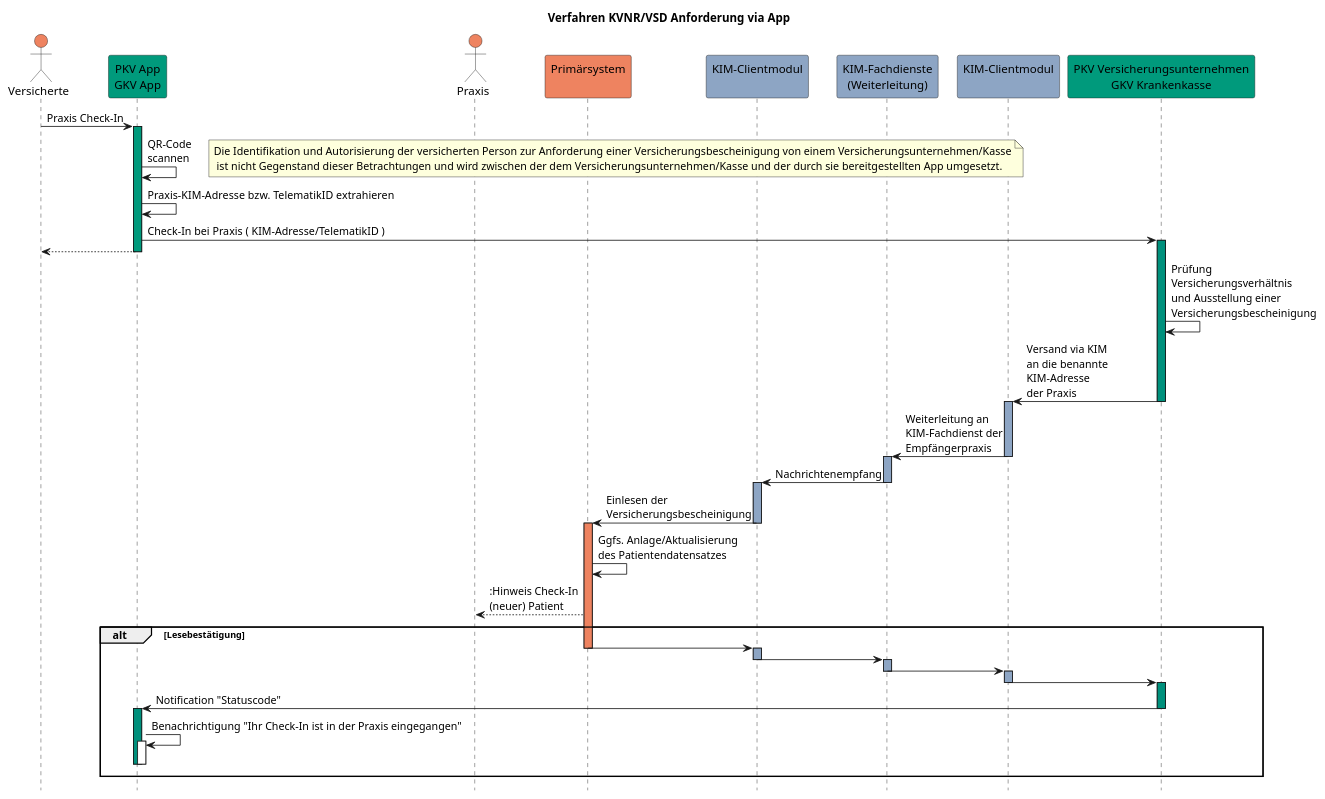
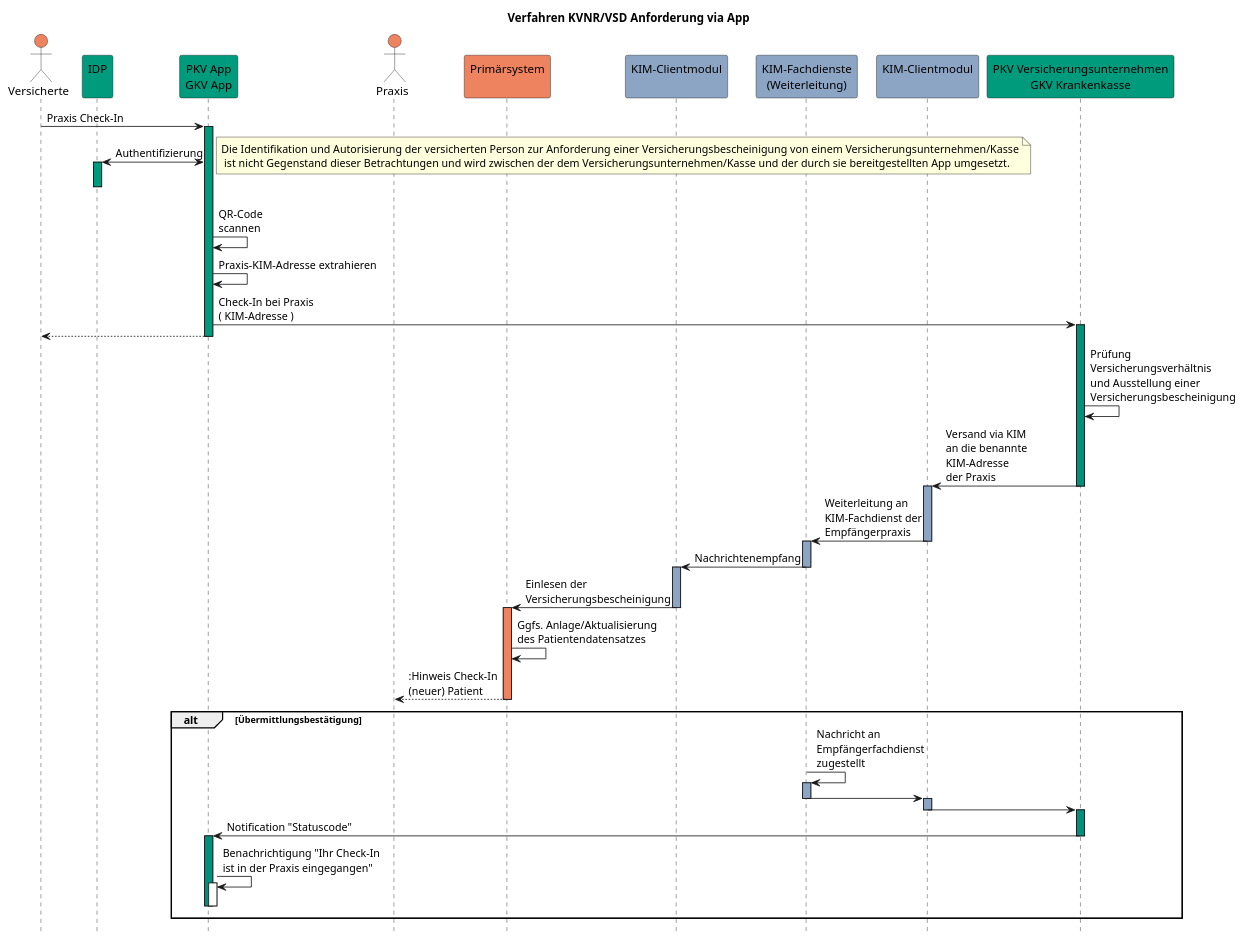
The diagram in ImplementationGuide/images/pkv_ersatzverfahren.puml (gematik/spec-VSDM-Ersatzbescheinigung), drawn with PlantUML before and after one commit. The commit also changed 1 other file, not shown here.

Commit message:
IDP und Ü-Bestätigung

```diff
--- a/ImplementationGuide/images/pkv_ersatzverfahren.puml
+++ b/ImplementationGuide/images/pkv_ersatzverfahren.puml
@@ -1,61 +1,62 @@
 @startuml pkv_ersatzverfahren
 
 hide footbox
 title Verfahren KVNR/VSD Anforderung via App
 actor Vers as "Versicherte" #ee8360
+participant IDP as "IDP\n" #009a7c
 participant App as "PKV App\nGKV App" #009a7c
 actor LE as "Praxis" #ee8360
 participant PVS as "Primärsystem\n" #ee8360
 participant KIMCM1 as "KIM-Clientmodul\n" #8da5c4
 participant KIMFD as "KIM-Fachdienste\n(Weiterleitung)" #8da5c4
 participant KIMCM2 as "KIM-Clientmodul\n" #8da5c4
 participant Kasse as "PKV Versicherungsunternehmen\nGKV Krankenkasse" #009a7c
 
 Vers -> App: Praxis Check-In
 activate App #009a7c
+App <-> IDP: Authentifizierung
+activate IDP #009a7c
+note right: Die Identifikation und Autorisierung der versicherten Person zur Anforderung einer Versicherungsbescheinigung von einem Versicherungsunternehmen/Kasse\n ist nicht Gegenstand dieser Betrachtungen und wird zwischen der dem Versicherungsunternehmen/Kasse und der durch sie bereitgestellten App umgesetzt.
+deactivate IDP
 App -> App: QR-Code\nscannen
-note right: Die Identifikation und Autorisierung der versicherten Person zur Anforderung einer Versicherungsbescheinigung von einem Versicherungsunternehmen/Kasse\n ist nicht Gegenstand dieser Betrachtungen und wird zwischen der dem Versicherungsunternehmen/Kasse und der durch sie bereitgestellten App umgesetzt.
-App -> App: Praxis-KIM-Adresse bzw. TelematikID extrahieren
-App -> Kasse: Check-In bei Praxis ( KIM-Adresse/TelematikID )
+App -> App: Praxis-KIM-Adresse extrahieren
+App -> Kasse: Check-In bei Praxis\n( KIM-Adresse )
 activate Kasse #00907c
 App --> Vers:
 deactivate App
 Kasse -> Kasse: Prüfung\nVersicherungsverhältnis\nund Ausstellung einer\nVersicherungsbescheinigung
 Kasse -> KIMCM2: Versand via KIM\nan die benannte\nKIM-Adresse\nder Praxis
 deactivate Kasse
 activate KIMCM2 #8da5c4
 KIMCM2 -> KIMFD: Weiterleitung an\nKIM-Fachdienst der\nEmpfängerpraxis
 deactivate KIMCM2
 activate KIMFD #8da5c4
 KIMFD -> KIMCM1: Nachrichtenempfang
 deactivate KIMFD
 activate KIMCM1 #8da5c4
 KIMCM1 -> PVS: Einlesen der\nVersicherungsbescheinigung
 deactivate KIMCM1
 activate PVS #ee8360
 PVS -> PVS: Ggfs. Anlage/Aktualisierung\ndes Patientendatensatzes
 PVS ---> LE: :Hinweis Check-In\n(neuer) Patient
-alt Lesebestätigung
-    PVS -> KIMCM1
-    deactivate PVS
-    activate KIMCM1 #8da5c4
-    KIMCM1 -> KIMFD
-    deactivate KIMCM1
+deactivate PVS
+alt Übermittlungsbestätigung
+    KIMFD -> KIMFD: Nachricht an\nEmpfängerfachdienst\nzugestellt
     activate KIMFD #8da5c4
     KIMFD -> KIMCM2
     deactivate KIMFD
     activate KIMCM2 #8da5c4
     KIMCM2 -> Kasse
     deactivate KIMCM2
     activate Kasse #00907c
     Kasse -> App: Notification "Statuscode"
     deactivate Kasse
     activate App #00907c
-    App -> App: Benachrichtigung "Ihr Check-In ist in der Praxis eingegangen"
+    App -> App: Benachrichtigung "Ihr Check-In\nist in der Praxis eingegangen"
     activate App
     deactivate App
     deactivate App
 
 end
 
 @enduml
```
